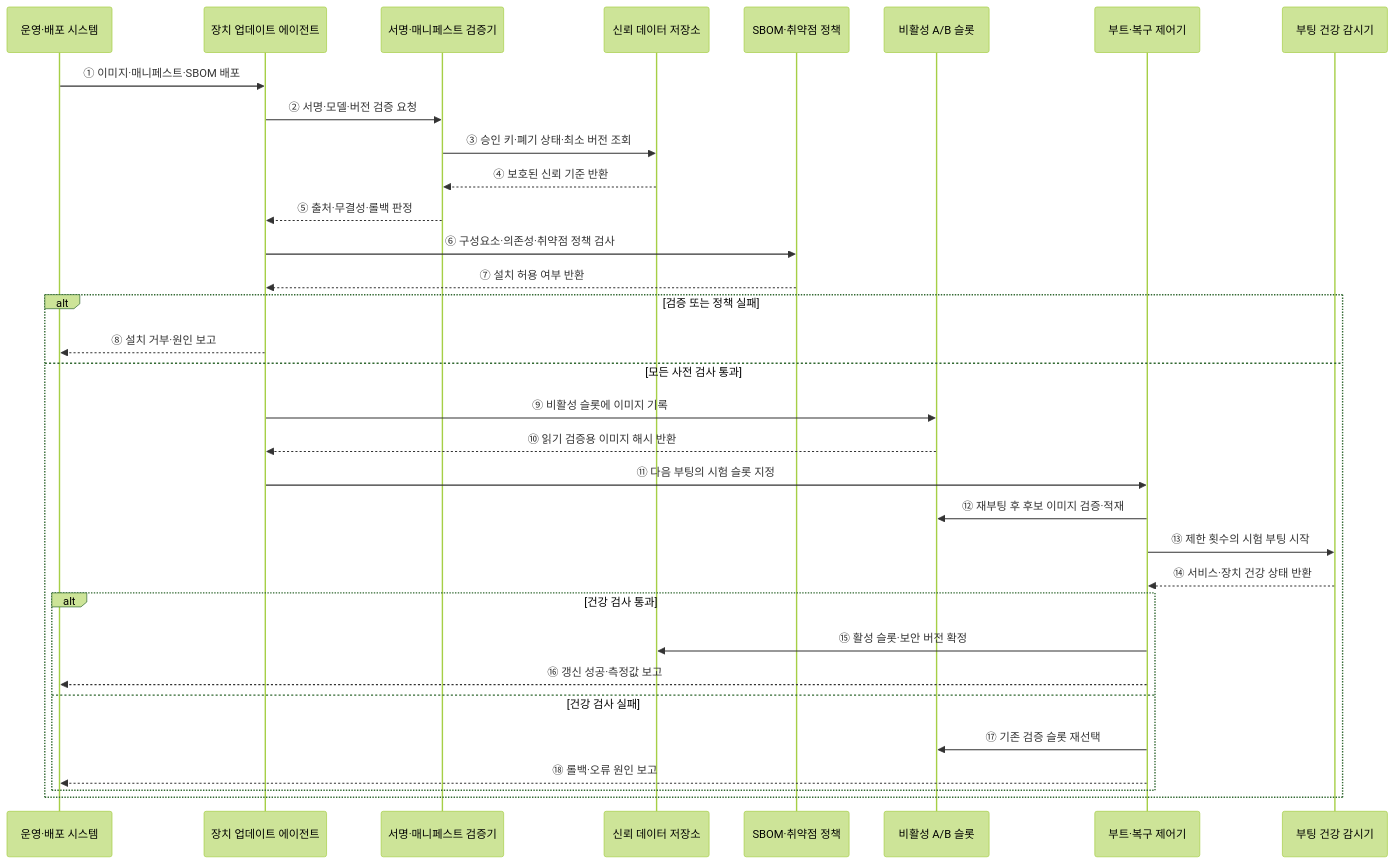
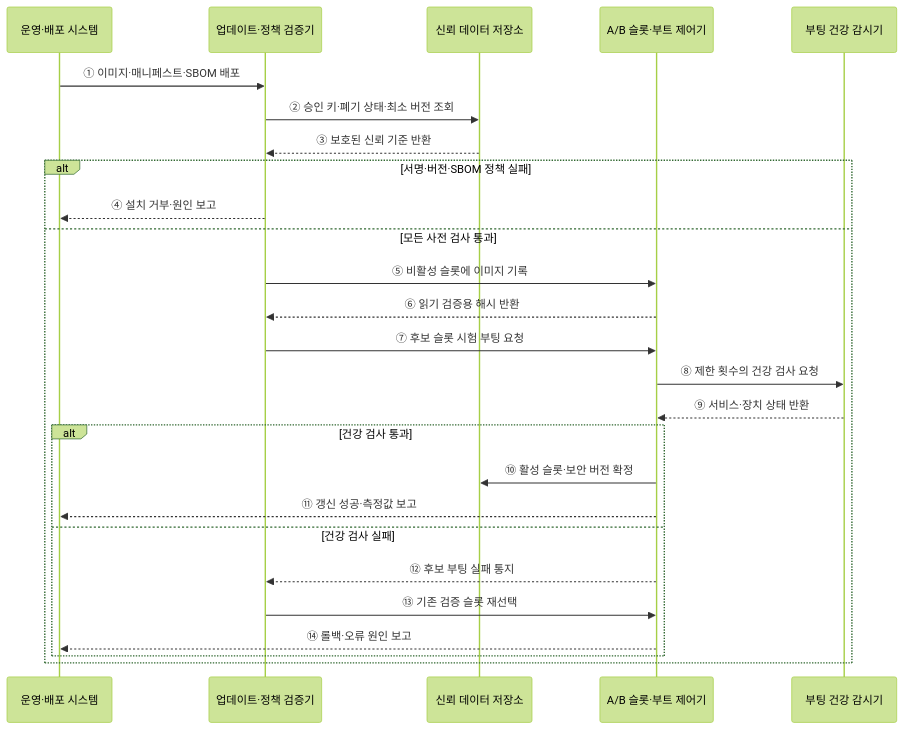
Before and after one commit to agnusdei1207/knowledge-base: the second of 2 diagrams in src/content/docs/notes/02-hardware/069_firmware_security.md, drawn with Mermaid (forest theme). The commit also changed other lines of this file and 20 other files, not shown here.

````diff
--- a/src/content/docs/notes/02-hardware/069_firmware_security.md
+++ b/src/content/docs/notes/02-hardware/069_firmware_security.md
@@ -96,36 +82,29 @@
 ```mermaid
 sequenceDiagram
     participant O as 운영·배포 시스템
-    participant U as 장치 업데이트 에이전트
-    participant V as 서명·매니페스트 검증기
+    participant U as 업데이트·정책 검증기
     participant T as 신뢰 데이터 저장소
-    participant P as SBOM·취약점 정책
-    participant S as 비활성 A/B 슬롯
-    participant B as 부트·복구 제어기
+    participant S as A/B 슬롯·부트 제어기
     participant H as 부팅 건강 감시기
 
     O->>U: ① 이미지·매니페스트·SBOM 배포
-    U->>V: ② 서명·모델·버전 검증 요청
-    V->>T: ③ 승인 키·폐기 상태·최소 버전 조회
-    T-->>V: ④ 보호된 신뢰 기준 반환
-    V-->>U: ⑤ 출처·무결성·롤백 판정
-    U->>P: ⑥ 구성요소·의존성·취약점 정책 검사
-    P-->>U: ⑦ 설치 허용 여부 반환
-    alt 검증 또는 정책 실패
-        U-->>O: ⑧ 설치 거부·원인 보고
+    U->>T: ② 승인 키·폐기 상태·최소 버전 조회
+    T-->>U: ③ 보호된 신뢰 기준 반환
+    alt 서명·버전·SBOM 정책 실패
+        U-->>O: ④ 설치 거부·원인 보고
     else 모든 사전 검사 통과
-        U->>S: ⑨ 비활성 슬롯에 이미지 기록
-        S-->>U: ⑩ 읽기 검증용 이미지 해시 반환
-        U->>B: ⑪ 다음 부팅의 시험 슬롯 지정
-        B->>S: ⑫ 재부팅 후 후보 이미지 검증·적재
-        B->>H: ⑬ 제한 횟수의 시험 부팅 시작
-        H-->>B: ⑭ 서비스·장치 건강 상태 반환
+        U->>S: ⑤ 비활성 슬롯에 이미지 기록
+        S-->>U: ⑥ 읽기 검증용 해시 반환
+        U->>S: ⑦ 후보 슬롯 시험 부팅 요청
+        S->>H: ⑧ 제한 횟수의 건강 검사 요청
+        H-->>S: ⑨ 서비스·장치 상태 반환
         alt 건강 검사 통과
-            B->>T: ⑮ 활성 슬롯·보안 버전 확정
-            B-->>O: ⑯ 갱신 성공·측정값 보고
+            S->>T: ⑩ 활성 슬롯·보안 버전 확정
+            S-->>O: ⑪ 갱신 성공·측정값 보고
         else 건강 검사 실패
-            B->>S: ⑰ 기존 검증 슬롯 재선택
-            B-->>O: ⑱ 롤백·오류 원인 보고
+            S-->>U: ⑫ 후보 부팅 실패 통지
+            U->>S: ⑬ 기존 검증 슬롯 재선택
+            S-->>O: ⑭ 롤백·오류 원인 보고
         end
     end
 ```
````
